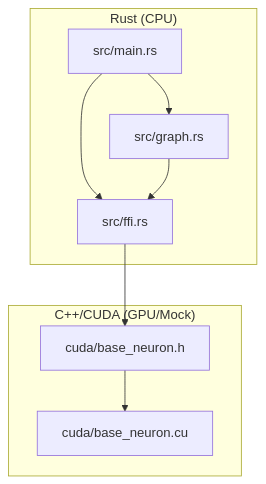
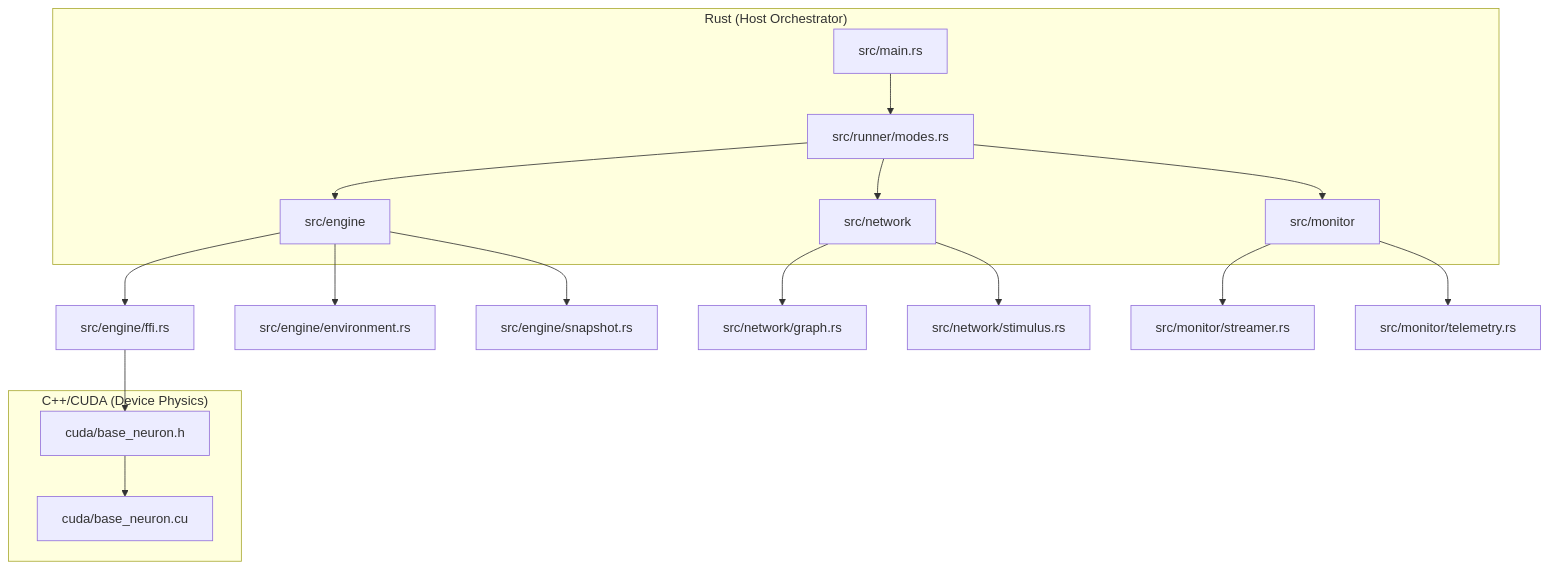
The diagram in docs/01_project_architecture.md (jamessyjay/neuromorphic-engine), drawn with Mermaid before and after one commit. The commit also changed other lines of this file, not shown here.

Commit message:
docs: rewrite 01_project_architecture.md to match the domain-driven refactoring

````diff
--- a/docs/01_project_architecture.md
+++ b/docs/01_project_architecture.md
@@ -14,19 +16,34 @@
 ```mermaid
 graph TD
-    Main[src/main.rs] --> Graph[src/graph.rs]
-    Main --> FFI[src/ffi.rs]
-    Graph --> FFI
+    Main[src/main.rs] --> Modes[src/runner/modes.rs]
+    
+    Modes --> Engine[src/engine]
+    Modes --> Network[src/network]
+    Modes --> Monitor[src/monitor]
+    
+    Engine --> FFI[src/engine/ffi.rs]
+    Engine --> Env[src/engine/environment.rs]
+    Engine --> Snap[src/engine/snapshot.rs]
+    
+    Network --> Graph[src/network/graph.rs]
+    Network --> Stim[src/network/stimulus.rs]
+    
+    Monitor --> Stream[src/monitor/streamer.rs]
+    Monitor --> Telemetry[src/monitor/telemetry.rs]
+    
     FFI --> C_Header[cuda/base_neuron.h]
     C_Header --> CUDA_Kernel[cuda/base_neuron.cu]
     
-    subgraph "Rust (CPU)"
+    subgraph "Rust (Host Orchestrator)"
         Main
-        Graph
-        FFI
+        Modes
+        Engine
+        Network
+        Monitor
     end
     
-    subgraph "C++/CUDA (GPU/Mock)"
+    subgraph "C++/CUDA (Device Physics)"
         C_Header
         CUDA_Kernel
     end
 ```
````
